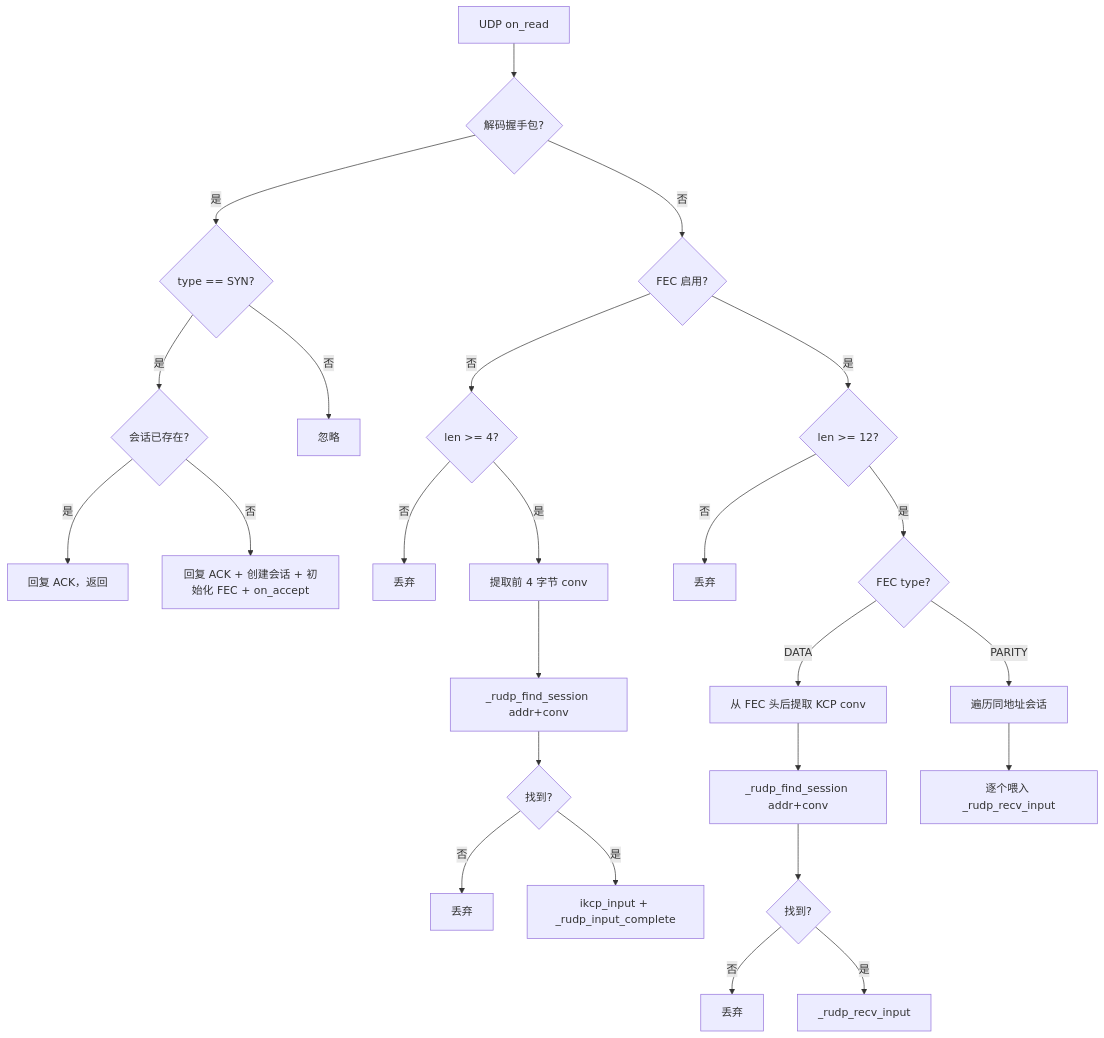
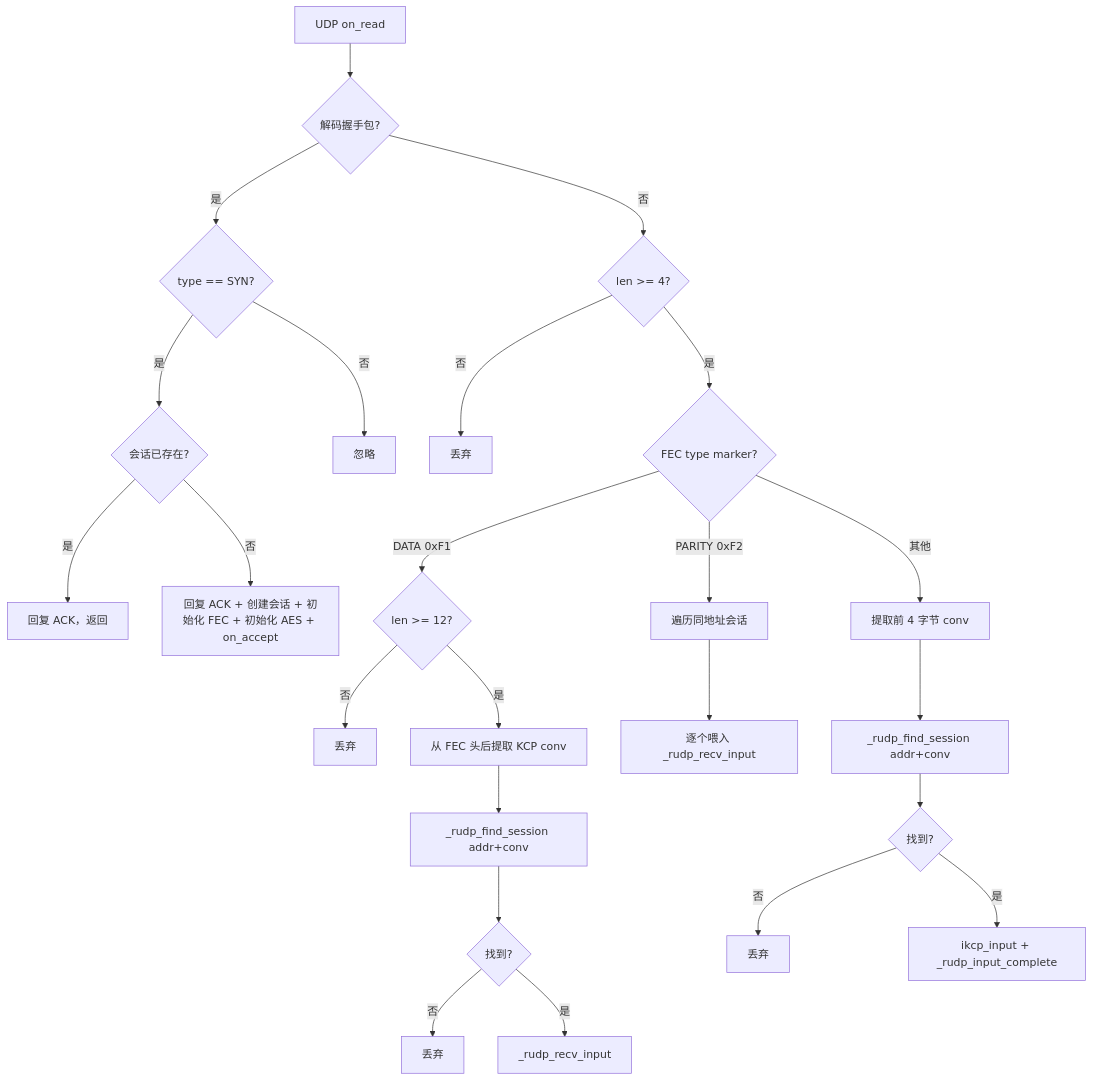
Before and after one commit to MeristemForge/Xylem: the fourth of 8 diagrams in .kiro/steering/rudp-design.md, drawn with Mermaid. The commit also changed other lines of this file and 6 other files, not shown here.

First line of the commit message:
feat(rudp): add optional AES-256-CTR encryption

````diff
--- a/.kiro/steering/rudp-design.md
+++ b/.kiro/steering/rudp-design.md
@@ -210,27 +218,26 @@
 ```mermaid
 flowchart TD
     A[UDP on_read] --> B{解码握手包?}
     B -->|是| C{type == SYN?}
     C -->|是| D{会话已存在?}
     D -->|是| E[回复 ACK，返回]
-    D -->|否| F[回复 ACK + 创建会话 + 初始化 FEC + on_accept]
+    D -->|否| F[回复 ACK + 创建会话 + 初始化 FEC + 初始化 AES + on_accept]
     C -->|否| G[忽略]
-    B -->|否| H{FEC 启用?}
-    H -->|否| I{len >= 4?}
-    I -->|否| J[丢弃]
-    I -->|是| K[提取前 4 字节 conv]
-    K --> L[_rudp_find_session addr+conv]
-    L --> M{找到?}
-    M -->|否| N[丢弃]
-    M -->|是| O[ikcp_input + _rudp_input_complete]
-    H -->|是| P{len >= 12?}
-    P -->|否| Q[丢弃]
-    P -->|是| R{FEC type?}
-    R -->|DATA| S[从 FEC 头后提取 KCP conv]
-    S --> T[_rudp_find_session addr+conv]
-    T --> U{找到?}
-    U -->|否| V[丢弃]
-    U -->|是| W[_rudp_recv_input]
-    R -->|PARITY| X[遍历同地址会话]
-    X --> Y[逐个喂入 _rudp_recv_input]
+    B -->|否| H{len >= 4?}
+    H -->|否| I[丢弃]
+    H -->|是| J{FEC type marker?}
+    J -->|DATA 0xF1| K{len >= 12?}
+    K -->|否| L[丢弃]
+    K -->|是| M[从 FEC 头后提取 KCP conv]
+    M --> N[_rudp_find_session addr+conv]
+    N --> O{找到?}
+    O -->|否| P[丢弃]
+    O -->|是| Q[_rudp_recv_input]
+    J -->|PARITY 0xF2| R[遍历同地址会话]
+    R --> S[逐个喂入 _rudp_recv_input]
+    J -->|其他| T[提取前 4 字节 conv]
+    T --> U[_rudp_find_session addr+conv]
+    U --> V{找到?}
+    V -->|否| W[丢弃]
+    V -->|是| X[ikcp_input + _rudp_input_complete]
 ```
````
